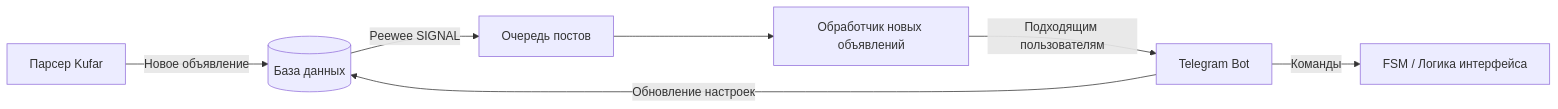
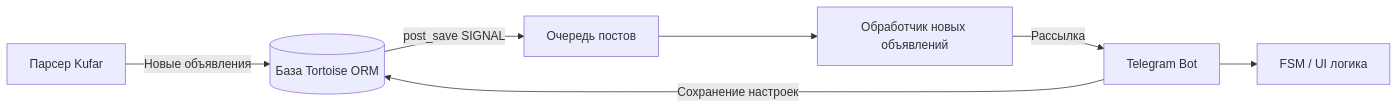
One commit to Mazavinka/BelHomeFinder changed the first of 3 diagrams in README.md. Above: the diagram before and after it, drawn with Mermaid. The commit also changed other lines of this file and 3 other files, not shown here.

````diff
--- a/README.md
+++ b/README.md
@@ -72,10 +87,10 @@
 ```mermaid
 flowchart LR
-    A[Парсер Kufar] -->|Новое объявление| B[(База данных)]
-    B -->|Peewee SIGNAL| C[Очередь постов]
+    A[Парсер Kufar] -->|Новые объявления| B[(База Tortoise ORM)]
+    B -->|post_save SIGNAL| C[Очередь постов]
     C --> D[Обработчик новых объявлений]
-    D -->|Подходящим пользователям| E[Telegram Bot]
+    D -->|Рассылка| E[Telegram Bot]
 
-    E -->|Обновление настроек| B
-    E -->|Команды| F[FSM / Логика интерфейса]
+    E -->|Сохранение настроек| B
+    E --> F[FSM / UI логика]
 ```
````
